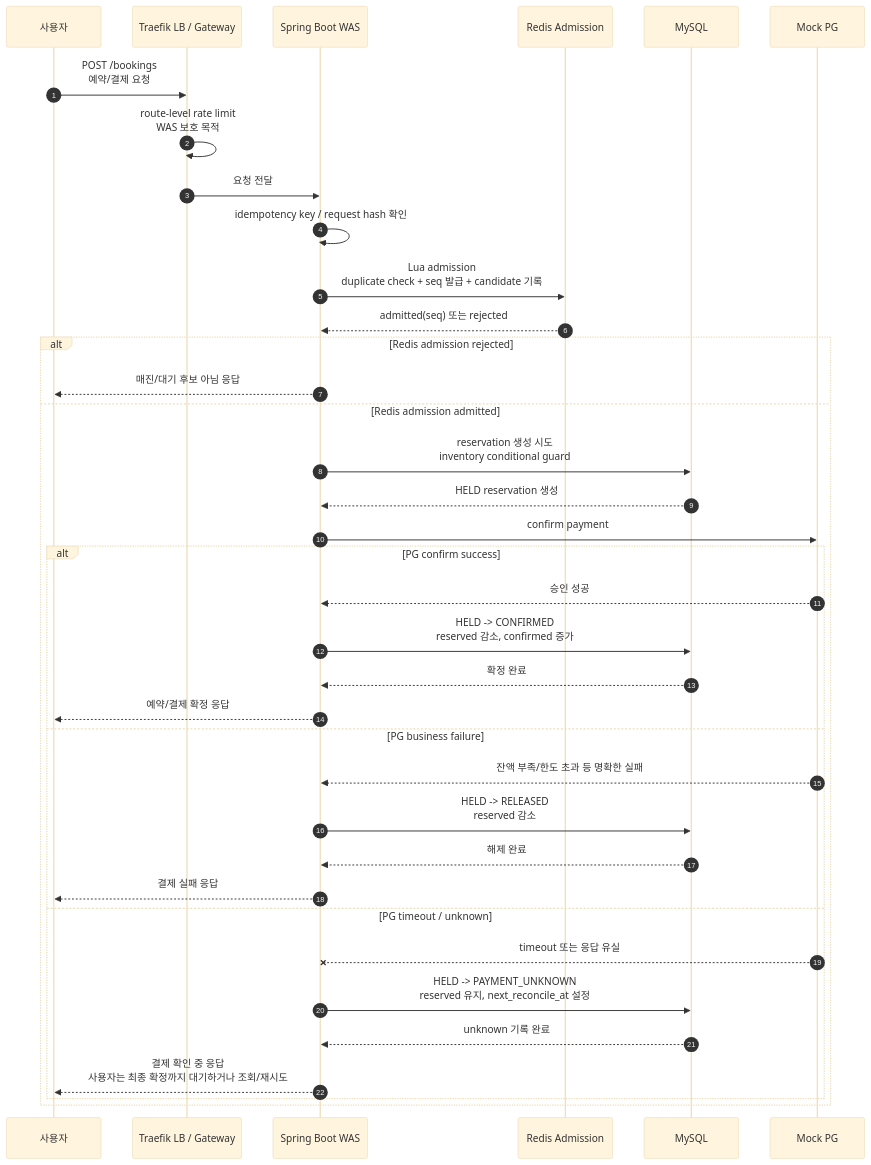
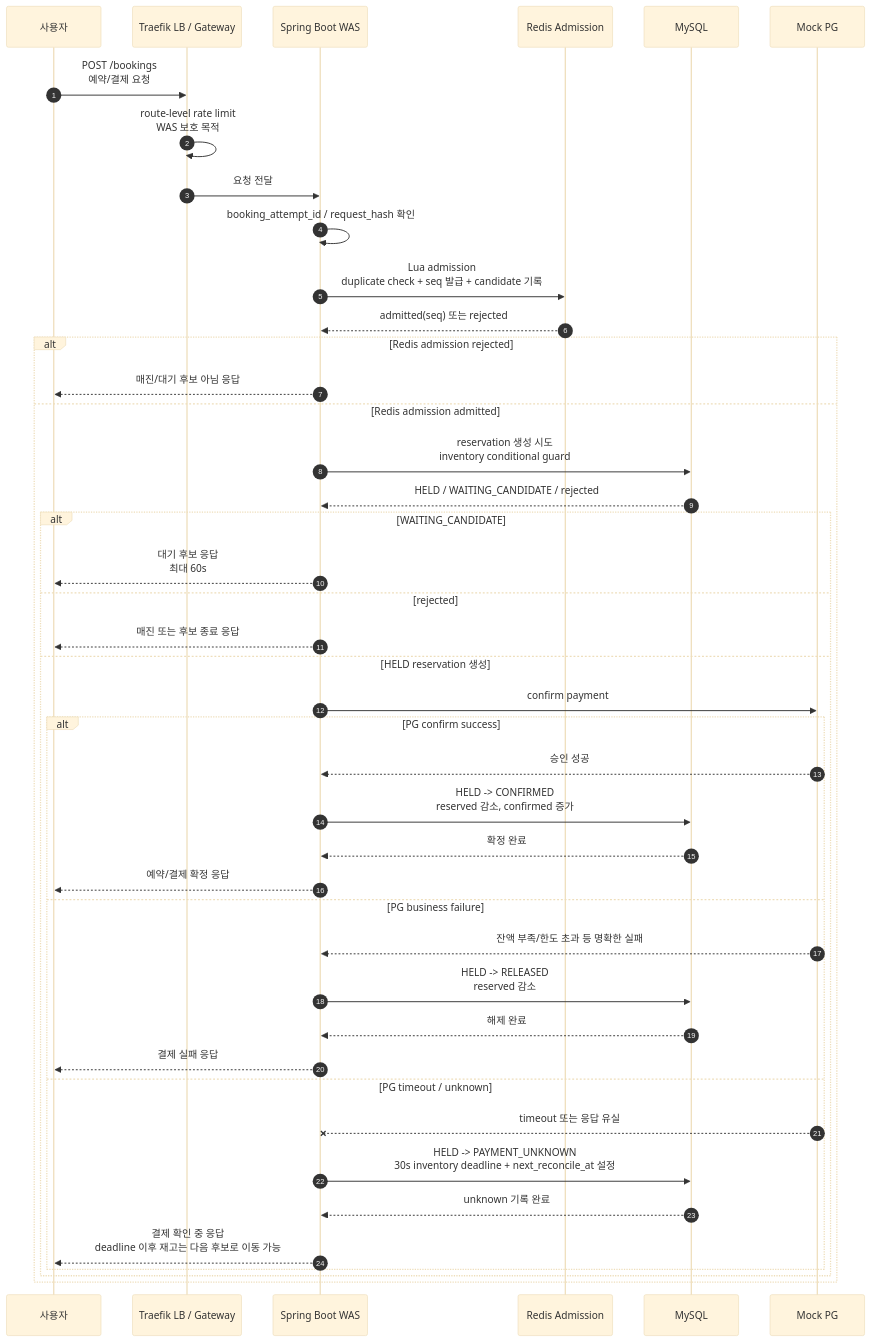
The first of 6 diagrams in docs/system-design/booking-user-flow-mermaid.md (lsh1215/peak-booking-system), drawn with Mermaid (base theme) before and after one commit. The commit also changed other lines of this file and 7 other files, not shown here.

````diff
--- a/docs/system-design/booking-user-flow-mermaid.md
+++ b/docs/system-design/booking-user-flow-mermaid.md
@@ -15,44 +19,50 @@
 ```mermaid
 sequenceDiagram
     autonumber
     participant U as 사용자
     participant T as Traefik LB / Gateway
     participant A as Spring Boot WAS
     participant R as Redis Admission
     participant D as MySQL
     participant P as Mock PG
 
     U->>T: POST /bookings<br/>예약/결제 요청
     T->>T: route-level rate limit<br/>WAS 보호 목적
     T->>A: 요청 전달
 
-    A->>A: idempotency key / request hash 확인
+    A->>A: booking_attempt_id / request_hash 확인
     A->>R: Lua admission<br/>duplicate check + seq 발급 + candidate 기록
     R-->>A: admitted(seq) 또는 rejected
 
     alt Redis admission rejected
         A-->>U: 매진/대기 후보 아님 응답
     else Redis admission admitted
         A->>D: reservation 생성 시도<br/>inventory conditional guard
-        D-->>A: HELD reservation 생성
+        D-->>A: HELD / WAITING_CANDIDATE / rejected
 
+        alt WAITING_CANDIDATE
+            A-->>U: 대기 후보 응답<br/>최대 60s
+        else rejected
+            A-->>U: 매진 또는 후보 종료 응답
+        else HELD reservation 생성
         A->>P: confirm payment
 
-        alt PG confirm success
-            P-->>A: 승인 성공
-            A->>D: HELD -> CONFIRMED<br/>reserved 감소, confirmed 증가
-            D-->>A: 확정 완료
-            A-->>U: 예약/결제 확정 응답
-        else PG business failure
-            P-->>A: 잔액 부족/한도 초과 등 명확한 실패
-            A->>D: HELD -> RELEASED<br/>reserved 감소
-            D-->>A: 해제 완료
-            A-->>U: 결제 실패 응답
-        else PG timeout / unknown
-            P--x A: timeout 또는 응답 유실
-            A->>D: HELD -> PAYMENT_UNKNOWN<br/>reserved 유지, next_reconcile_at 설정
-            D-->>A: unknown 기록 완료
-            A-->>U: 결제 확인 중 응답<br/>사용자는 최종 확정까지 대기하거나 조회/재시도
+            alt PG confirm success
+                P-->>A: 승인 성공
+                A->>D: HELD -> CONFIRMED<br/>reserved 감소, confirmed 증가
+                D-->>A: 확정 완료
+                A-->>U: 예약/결제 확정 응답
+            else PG business failure
+                P-->>A: 잔액 부족/한도 초과 등 명확한 실패
+                A->>D: HELD -> RELEASED<br/>reserved 감소
+                D-->>A: 해제 완료
+                A-->>U: 결제 실패 응답
+            else PG timeout / unknown
+                P--x A: timeout 또는 응답 유실
+                A->>D: HELD -> PAYMENT_UNKNOWN<br/>30s inventory deadline + next_reconcile_at 설정
+                D-->>A: unknown 기록 완료
+                A-->>U: 결제 확인 중 응답<br/>deadline 이후 재고는 다음 후보로 이동 가능
+            end
         end
     end
 ```
````
